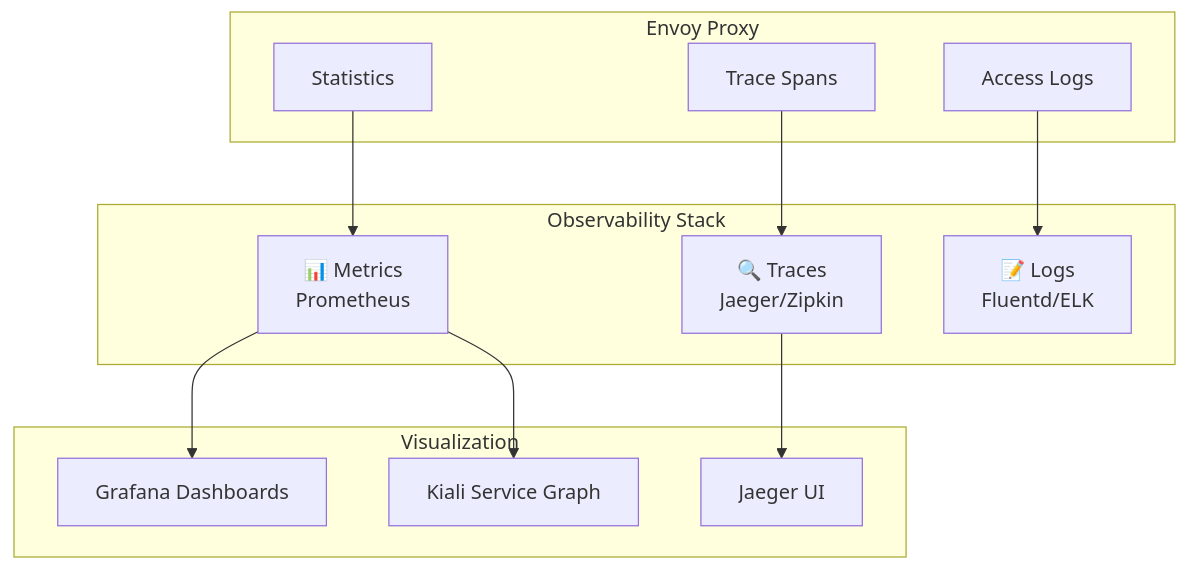
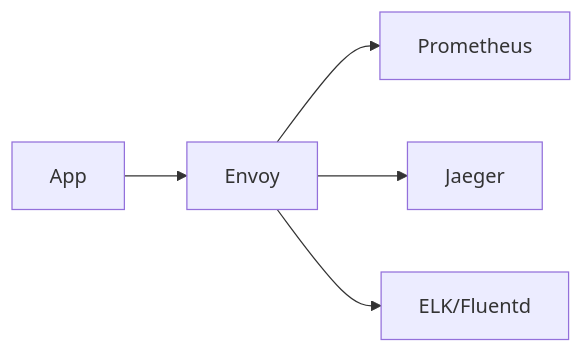
The fourth of 5 diagrams in Istio/01_Istio_Theory_Guide.md (sandeep-1010-cool/NTT_DATA), drawn with Mermaid before and after one commit. The commit also changed other lines of this file, not shown here.

````diff
--- a/Istio/01_Istio_Theory_Guide.md
+++ b/Istio/01_Istio_Theory_Guide.md
@@ -437,28 +120,7 @@
 ```mermaid
-graph TB
-    subgraph "Observability Stack"
-        Metrics[📊 Metrics<br/>Prometheus]
-        Traces[🔍 Traces<br/>Jaeger/Zipkin]
-        Logs[📝 Logs<br/>Fluentd/ELK]
-    end
-    
-    subgraph "Envoy Proxy"
-        Stats[Statistics]
-        AccessLogs[Access Logs]
-        Spans[Trace Spans]
-    end
-    
-    Stats --> Metrics
-    AccessLogs --> Logs
-    Spans --> Traces
-    
-    subgraph "Visualization"
-        Grafana[Grafana Dashboards]
-        Kiali[Kiali Service Graph]
-        Jaeger[Jaeger UI]
-    end
-    
-    Metrics --> Grafana
-    Metrics --> Kiali
-    Traces --> Jaeger
+graph LR
+    App --> Envoy
+    Envoy --> Metrics[Prometheus]
+    Envoy --> Tracing[Jaeger]
+    Envoy --> Logging[ELK/Fluentd]
 ```
````
